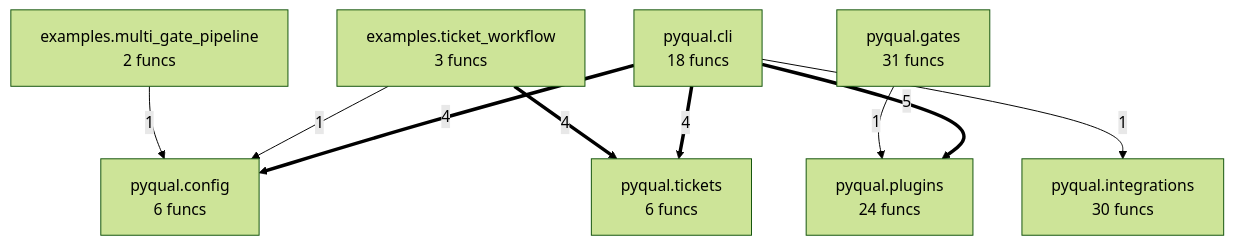
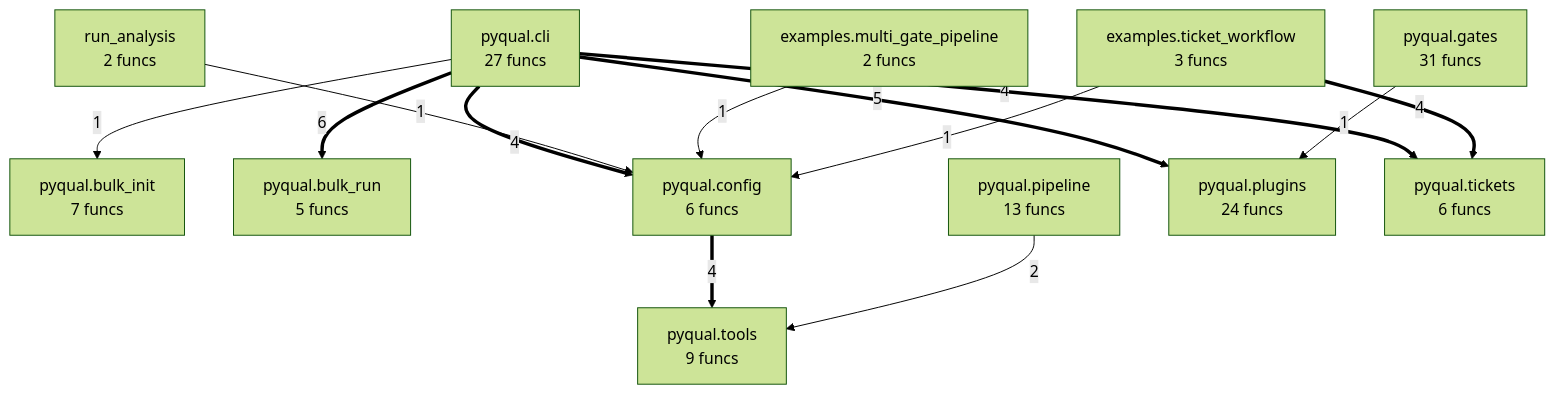
Before and after one commit to semcod/pyqual: the diagram in project/compact_flow.mmd, drawn with Mermaid (forest theme). The commit also changed 24 other files, not shown here.

```diff
--- a/project/compact_flow.mmd
+++ b/project/compact_flow.mmd
@@ -1,17 +1,25 @@
 flowchart TD
     examples__multi_gate_pipeline["examples.multi_gate_pipeline<br/>2 funcs"]
     examples__ticket_workflow["examples.ticket_workflow<br/>3 funcs"]
-    pyqual__cli["pyqual.cli<br/>18 funcs"]
+    pyqual__bulk_init["pyqual.bulk_init<br/>7 funcs"]
+    pyqual__bulk_run["pyqual.bulk_run<br/>5 funcs"]
+    pyqual__cli["pyqual.cli<br/>27 funcs"]
     pyqual__config["pyqual.config<br/>6 funcs"]
     pyqual__gates["pyqual.gates<br/>31 funcs"]
-    pyqual__integrations["pyqual.integrations<br/>30 funcs"]
+    pyqual__pipeline["pyqual.pipeline<br/>13 funcs"]
     pyqual__plugins["pyqual.plugins<br/>24 funcs"]
     pyqual__tickets["pyqual.tickets<br/>6 funcs"]
+    pyqual__tools["pyqual.tools<br/>9 funcs"]
+    run_analysis["run_analysis<br/>2 funcs"]
+    pyqual__cli ==>|6| pyqual__bulk_run
     pyqual__cli ==>|5| pyqual__plugins
+    pyqual__config ==>|4| pyqual__tools
     pyqual__cli ==>|4| pyqual__config
     pyqual__cli ==>|4| pyqual__tickets
     examples__ticket_workflow ==>|4| pyqual__tickets
-    pyqual__cli -->|1| pyqual__integrations
+    pyqual__pipeline -->|2| pyqual__tools
+    run_analysis -->|1| pyqual__config
+    pyqual__cli -->|1| pyqual__bulk_init
     pyqual__gates -->|1| pyqual__plugins
+    examples__multi_gate_pipeline -->|1| pyqual__config
     examples__ticket_workflow -->|1| pyqual__config
-    examples__multi_gate_pipeline -->|1| pyqual__config
```
